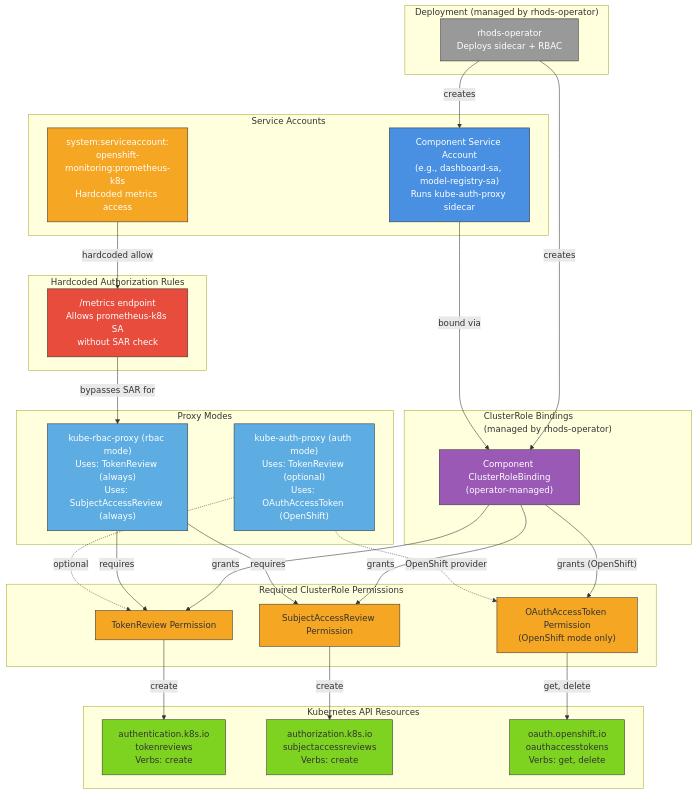
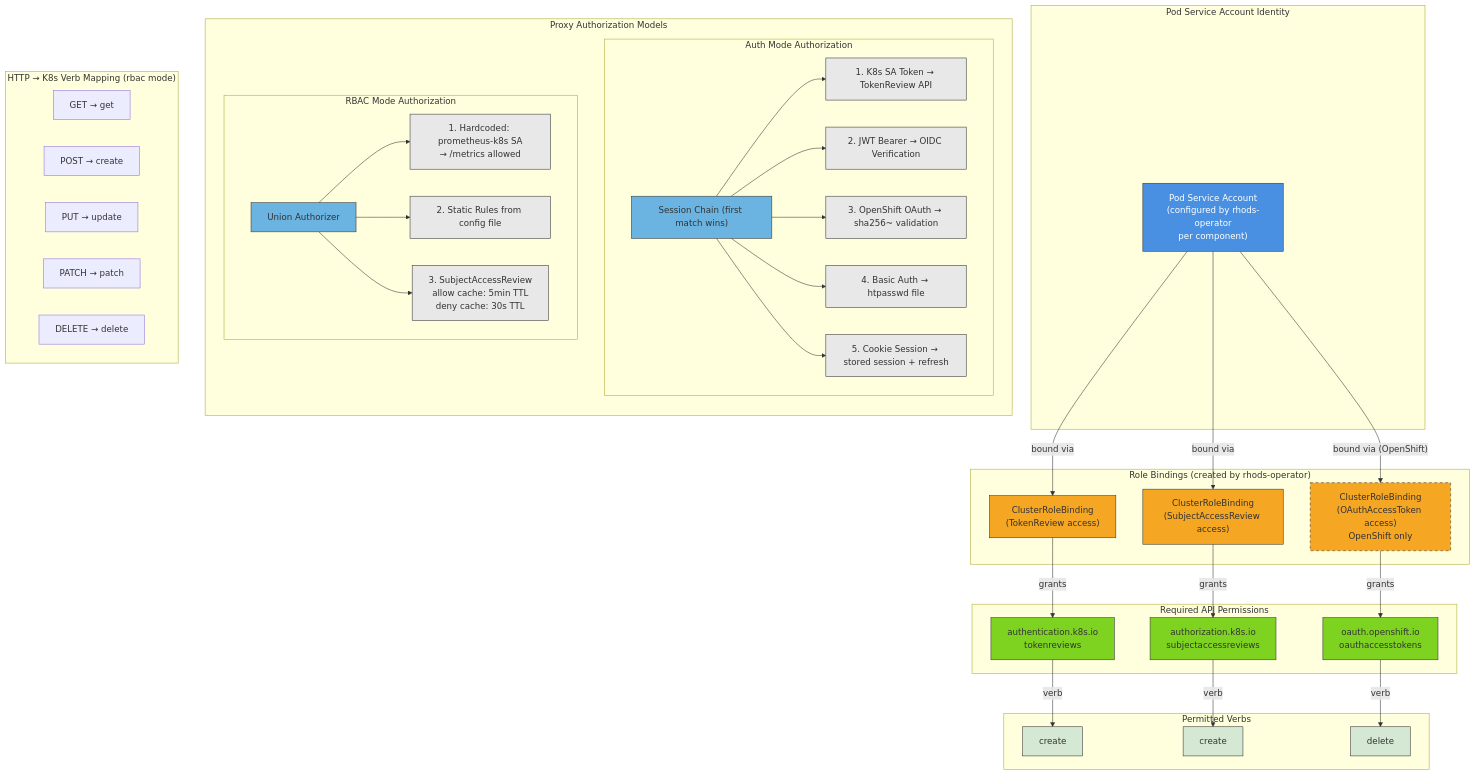
The diagram in architecture/rhoai-3.4/diagrams/kube-auth-proxy-rbac.mmd (rhuss/architecture-context), drawn with Mermaid before and after one commit. The commit also changed 1834 other files, not shown here.

Commit message:
regenerate architecture for rhoai.next and rhoai-3.4 (#20)

```diff
--- a/architecture/rhoai-3.4/diagrams/kube-auth-proxy-rbac.mmd
+++ b/architecture/rhoai-3.4/diagrams/kube-auth-proxy-rbac.mmd
@@ -1,74 +1,91 @@
 graph TD
-    subgraph Deployment["Deployment (managed by rhods-operator)"]
-        RhodsOp["rhods-operator<br/>Deploys sidecar + RBAC"]
+    subgraph PodIdentity["Pod Service Account Identity"]
+        SA["Pod Service Account<br/>(configured by rhods-operator<br/>per component)"]
     end
 
-    subgraph ServiceAccounts["Service Accounts"]
-        ComponentSA["Component Service Account<br/>(e.g., dashboard-sa, model-registry-sa)<br/>Runs kube-auth-proxy sidecar"]
-        PromSA["system:serviceaccount:<br/>openshift-monitoring:prometheus-k8s<br/>Hardcoded metrics access"]
+    subgraph RoleBindings["Role Bindings (created by rhods-operator)"]
+        CRB1["ClusterRoleBinding<br/>(TokenReview access)"]
+        CRB2["ClusterRoleBinding<br/>(SubjectAccessReview access)"]
+        CRB3["ClusterRoleBinding<br/>(OAuthAccessToken access)<br/>OpenShift only"]
     end
 
-    subgraph ClusterRoleBindings["ClusterRole Bindings<br/>(managed by rhods-operator)"]
-        CRB1["Component ClusterRoleBinding<br/>(operator-managed)"]
+    subgraph RequiredPermissions["Required API Permissions"]
+        TR["authentication.k8s.io<br/>tokenreviews"]
+        SAR["authorization.k8s.io<br/>subjectaccessreviews"]
+        OAT["oauth.openshift.io<br/>oauthaccesstokens"]
     end
 
-    subgraph ClusterRoles["Required ClusterRole Permissions"]
-        CR_TokenReview["TokenReview Permission"]
-        CR_SAR["SubjectAccessReview Permission"]
-        CR_OAuth["OAuthAccessToken Permission<br/>(OpenShift mode only)"]
+    subgraph Verbs["Permitted Verbs"]
+        CreateTR["create"]
+        CreateSAR["create"]
+        DeleteOAT["delete"]
     end
 
-    subgraph APIResources["Kubernetes API Resources"]
-        TokenReviews["authentication.k8s.io<br/>tokenreviews<br/>Verbs: create"]
-        SubjectAccessReviews["authorization.k8s.io<br/>subjectaccessreviews<br/>Verbs: create"]
-        OAuthAccessTokens["oauth.openshift.io<br/>oauthaccesstokens<br/>Verbs: get, delete"]
+    subgraph ProxyAuthz["Proxy Authorization Models"]
+        direction TB
+
+        subgraph AuthModeAuthz["Auth Mode Authorization"]
+            AuthChain["Session Chain (first match wins)"]
+            M1["1. K8s SA Token → TokenReview API"]
+            M2["2. JWT Bearer → OIDC Verification"]
+            M3["3. OpenShift OAuth → sha256~ validation"]
+            M4["4. Basic Auth → htpasswd file"]
+            M5["5. Cookie Session → stored session + refresh"]
+            AuthChain --> M1
+            AuthChain --> M2
+            AuthChain --> M3
+            AuthChain --> M4
+            AuthChain --> M5
+        end
+
+        subgraph RBACModeAuthz["RBAC Mode Authorization"]
+            RBACChain["Union Authorizer"]
+            R1["1. Hardcoded: prometheus-k8s SA<br/>→ /metrics allowed"]
+            R2["2. Static Rules from config file"]
+            R3["3. SubjectAccessReview<br/>allow cache: 5min TTL<br/>deny cache: 30s TTL"]
+            RBACChain --> R1
+            RBACChain --> R2
+            RBACChain --> R3
+        end
     end
 
-    subgraph HardcodedAuth["Hardcoded Authorization Rules"]
-        MetricsRule["/metrics endpoint<br/>Allows prometheus-k8s SA<br/>without SAR check"]
+    subgraph HTTPVerbMapping["HTTP → K8s Verb Mapping (rbac mode)"]
+        GET["GET → get"]
+        POST["POST → create"]
+        PUT["PUT → update"]
+        PATCH["PATCH → patch"]
+        DELETE["DELETE → delete"]
     end
 
-    subgraph Modes["Proxy Modes"]
-        AuthMode["kube-auth-proxy (auth mode)<br/>Uses: TokenReview (optional)<br/>Uses: OAuthAccessToken (OpenShift)"]
-        RBACMode["kube-rbac-proxy (rbac mode)<br/>Uses: TokenReview (always)<br/>Uses: SubjectAccessReview (always)"]
-    end
-
-    %% Deployment flow
-    RhodsOp -->|"creates"| CRB1
-    RhodsOp -->|"creates"| ComponentSA
-
-    %% RBAC binding flow
-    ComponentSA -->|"bound via"| CRB1
-    CRB1 -->|"grants"| CR_TokenReview
-    CRB1 -->|"grants"| CR_SAR
-    CRB1 -->|"grants (OpenShift)"| CR_OAuth
-
-    %% Permission to resource mapping
-    CR_TokenReview -->|"create"| TokenReviews
-    CR_SAR -->|"create"| SubjectAccessReviews
-    CR_OAuth -->|"get, delete"| OAuthAccessTokens
-
-    %% Mode usage
-    RBACMode -->|"requires"| CR_TokenReview
-    RBACMode -->|"requires"| CR_SAR
-    AuthMode -.->|"optional"| CR_TokenReview
-    AuthMode -.->|"OpenShift provider"| CR_OAuth
-
-    %% Hardcoded auth
-    PromSA -->|"hardcoded allow"| MetricsRule
-    MetricsRule -->|"bypasses SAR for"| RBACMode
+    %% Connections
+    SA -->|"bound via"| CRB1
+    SA -->|"bound via"| CRB2
+    SA -->|"bound via (OpenShift)"| CRB3
+    CRB1 -->|"grants"| TR
+    CRB2 -->|"grants"| SAR
+    CRB3 -->|"grants"| OAT
+    TR -->|"verb"| CreateTR
+    SAR -->|"verb"| CreateSAR
+    OAT -->|"verb"| DeleteOAT
 
     %% Styling
-    style ComponentSA fill:#4a90e2,stroke:#333,color:#fff
-    style PromSA fill:#f5a623,stroke:#333,color:#fff
-    style CRB1 fill:#9b59b6,stroke:#333,color:#fff
-    style CR_TokenReview fill:#f5a623,stroke:#333
-    style CR_SAR fill:#f5a623,stroke:#333
-    style CR_OAuth fill:#f5a623,stroke:#333
-    style TokenReviews fill:#7ed321,stroke:#333
-    style SubjectAccessReviews fill:#7ed321,stroke:#333
-    style OAuthAccessTokens fill:#7ed321,stroke:#333
-    style MetricsRule fill:#e74c3c,stroke:#333,color:#fff
-    style RhodsOp fill:#999,stroke:#333,color:#fff
-    style AuthMode fill:#5dade2,stroke:#333,color:#fff
-    style RBACMode fill:#5dade2,stroke:#333,color:#fff
+    style SA fill:#4a90e2,stroke:#333,color:#fff
+    style CRB1 fill:#f5a623,stroke:#333
+    style CRB2 fill:#f5a623,stroke:#333
+    style CRB3 fill:#f5a623,stroke:#333,stroke-dasharray: 5 5
+    style TR fill:#7ed321,stroke:#333
+    style SAR fill:#7ed321,stroke:#333
+    style OAT fill:#7ed321,stroke:#333
+    style CreateTR fill:#d5e8d4,stroke:#333
+    style CreateSAR fill:#d5e8d4,stroke:#333
+    style DeleteOAT fill:#d5e8d4,stroke:#333
+    style AuthChain fill:#6bb3e0,stroke:#333
+    style RBACChain fill:#6bb3e0,stroke:#333
+    style M1 fill:#e8e8e8,stroke:#333
+    style M2 fill:#e8e8e8,stroke:#333
+    style M3 fill:#e8e8e8,stroke:#333
+    style M4 fill:#e8e8e8,stroke:#333
+    style M5 fill:#e8e8e8,stroke:#333
+    style R1 fill:#e8e8e8,stroke:#333
+    style R2 fill:#e8e8e8,stroke:#333
+    style R3 fill:#e8e8e8,stroke:#333
```
